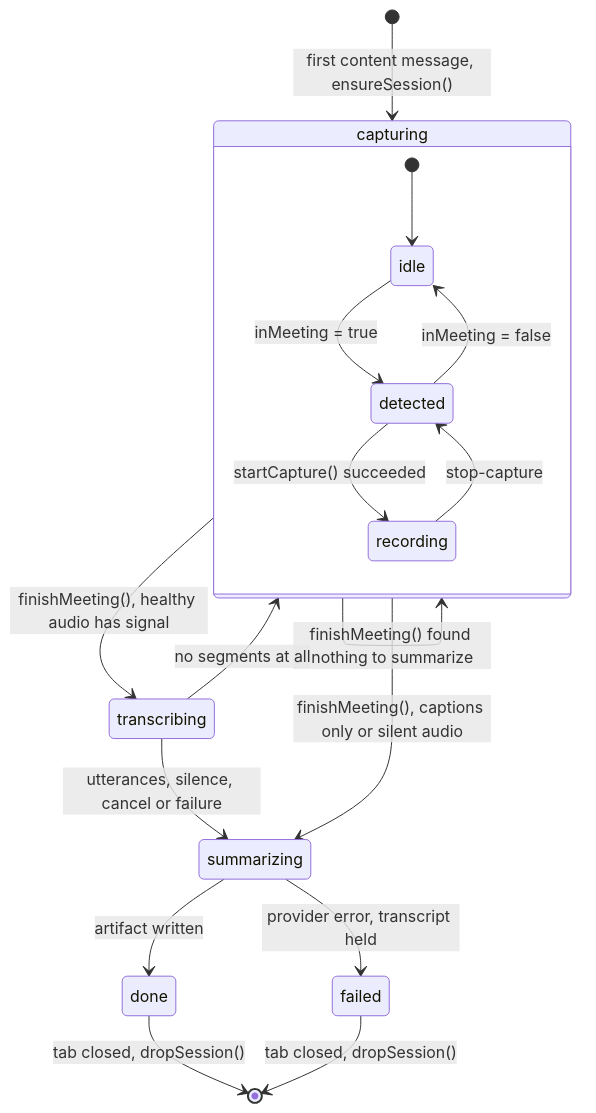
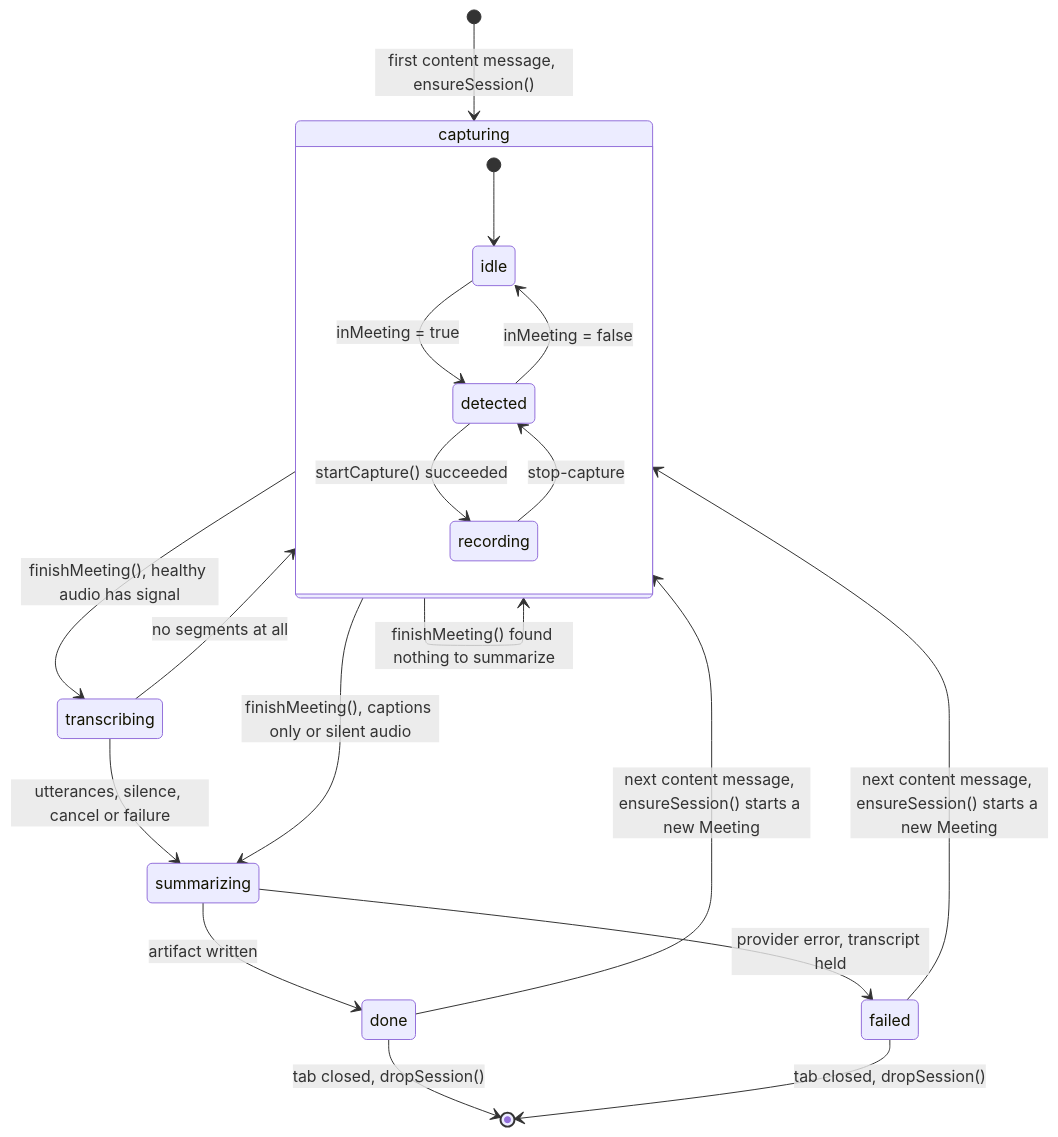
Before and after one commit to dominic676767/meeting-summarizer: the fifth of 11 diagrams in docs/ARCHITECTURE.md, drawn with Mermaid. The commit also changed other lines of this file and 2 other files, not shown here.

Commit message:
Keep meeting status for captions after Summarize now
After Summarize now saved a summary, the call went on, but the popup
showed "Not in a meeting." for the tab. ensureSession() replaced the
done session with a new one with inMeeting false. The content script
sends meeting-status only when the status changes, so nothing set it
back to true, and deriveCaptureState() returned idle.

The new session now keeps inMeeting and the title from the done or
failed session that it replaces. Meeting End already sets inMeeting to
false, so a call that ended does not carry into the next one.

Two tests cover both cases. ARCHITECTURE.md section 5 shows the
done/failed to capturing transition.

Validation: 825 tests passed, one optional model test skipped;
TypeScript passed.

````diff
--- a/docs/ARCHITECTURE.md
+++ b/docs/ARCHITECTURE.md
@@ -318,22 +318,24 @@
 ```mermaid
 stateDiagram-v2
     [*] --> capturing: first content message, ensureSession()
 
     state capturing {
         [*] --> idle
         idle --> detected: inMeeting = true
         detected --> recording: startCapture() succeeded
         recording --> detected: stop-capture
         detected --> idle: inMeeting = false
     }
 
     capturing --> transcribing: finishMeeting(), healthy audio has signal
     capturing --> summarizing: finishMeeting(), captions only or silent audio
     capturing --> capturing: finishMeeting() found nothing to summarize
     transcribing --> summarizing: utterances, silence, cancel or failure
     transcribing --> capturing: no segments at all
     summarizing --> done: artifact written
     summarizing --> failed: provider error, transcript held
+    done --> capturing: next content message, ensureSession() starts a new Meeting
+    failed --> capturing: next content message, ensureSession() starts a new Meeting
     done --> [*]: tab closed, dropSession()
     failed --> [*]: tab closed, dropSession()
 ```
````
